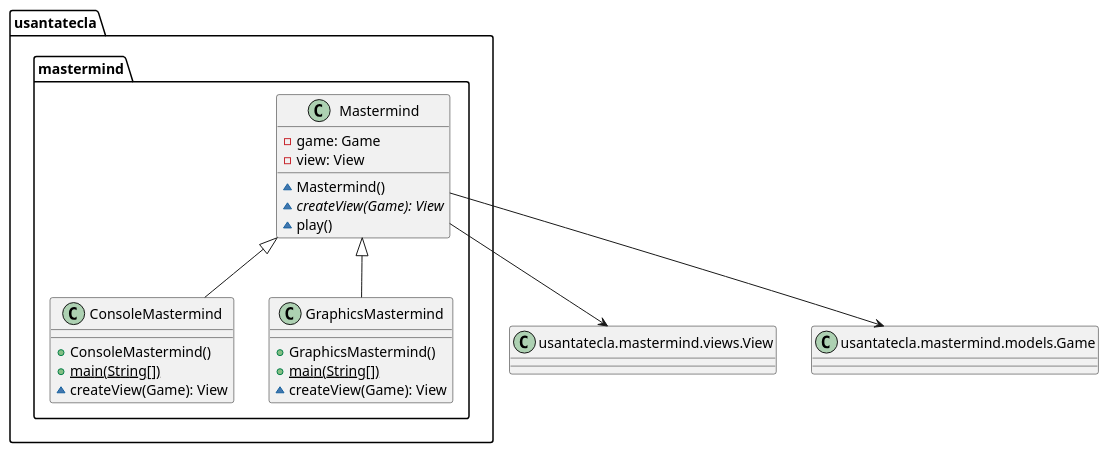
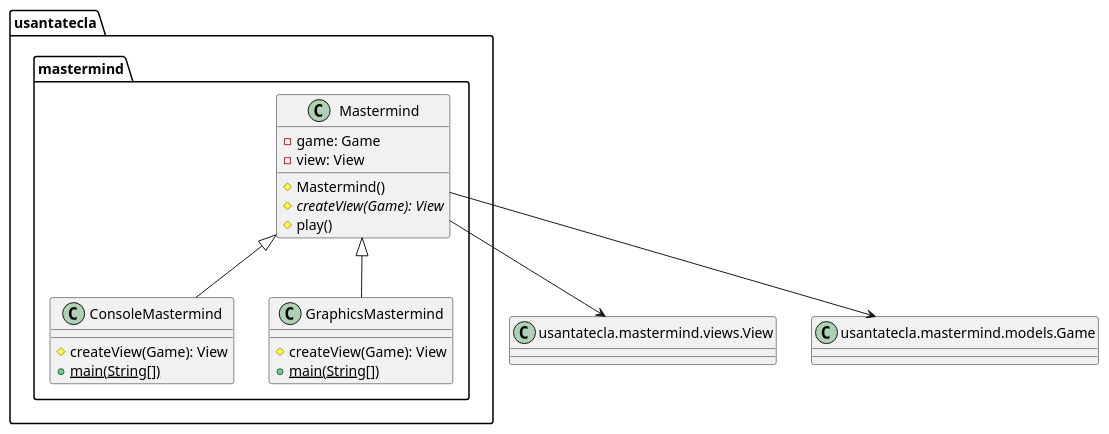
The first of 6 diagrams in documentView/withFactoryMethod/docs/diagrams/src/paquetes.plantuml (SantaTecla-mastermind/solution.java.swing.socket.sql), drawn with PlantUML before and after one commit. The commit also changed other lines of this file and 6 other files, not shown here.

Commit message:
DocumentView.WithFactoryMethod diagrams 2.0 (Protected fixed)

```diff
--- a/documentView/withFactoryMethod/docs/diagrams/src/paquetes.plantuml
+++ b/documentView/withFactoryMethod/docs/diagrams/src/paquetes.plantuml
@@ -1,35 +1,33 @@
 @startuml mastermind
 class  usantatecla.mastermind.ConsoleMastermind{
-+ ConsoleMastermind()
+# createView(Game): View
 + {static} main(String[]) 
-~ createView(Game): View
 }
 usantatecla.mastermind.Mastermind <|-down- usantatecla.mastermind.ConsoleMastermind
 
 class  usantatecla.mastermind.GraphicsMastermind{
-+ GraphicsMastermind()
+# createView(Game): View
 + {static} main(String[]) 
-~ createView(Game): View
 }
 usantatecla.mastermind.Mastermind <|-down- usantatecla.mastermind.GraphicsMastermind
 
 class  usantatecla.mastermind.Mastermind{
 - game: Game
 - view: View
-~ Mastermind()
-~ {abstract} createView(Game): View
-~ play() 
+# Mastermind()
+# {abstract} createView(Game): View
+# play() 
 }
 
 class View as "usantatecla.mastermind.views.View"{
 
 }
 
 Class Game as "usantatecla.mastermind.models.Game"{
 
 }
 
 usantatecla.mastermind.Mastermind --> View
 usantatecla.mastermind.Mastermind --> Game
 
 @enduml
```
